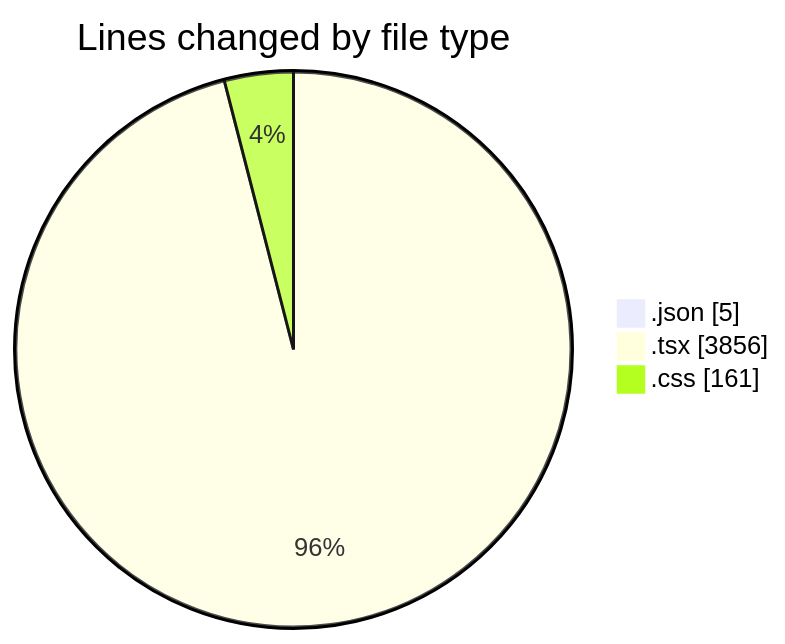
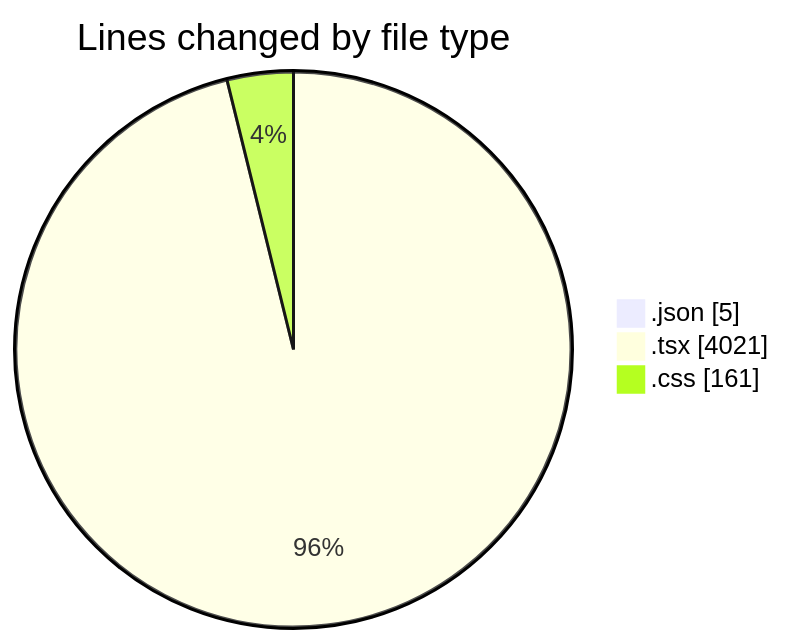
The first of 2 diagrams in 2025-05-29/advertise/README.md (Elitesun/code-tracking), drawn with Mermaid before and after one commit. The commit also changed other lines of this file and 1 other file, not shown here.

````diff
--- a/2025-05-29/advertise/README.md
+++ b/2025-05-29/advertise/README.md
@@ -34,7 +35,7 @@
 ```mermaid
 pie showData
 title Lines changed by file type
 ".json" : 5
-".tsx" : 3856
+".tsx" : 4021
 ".css" : 161
 ```
````
